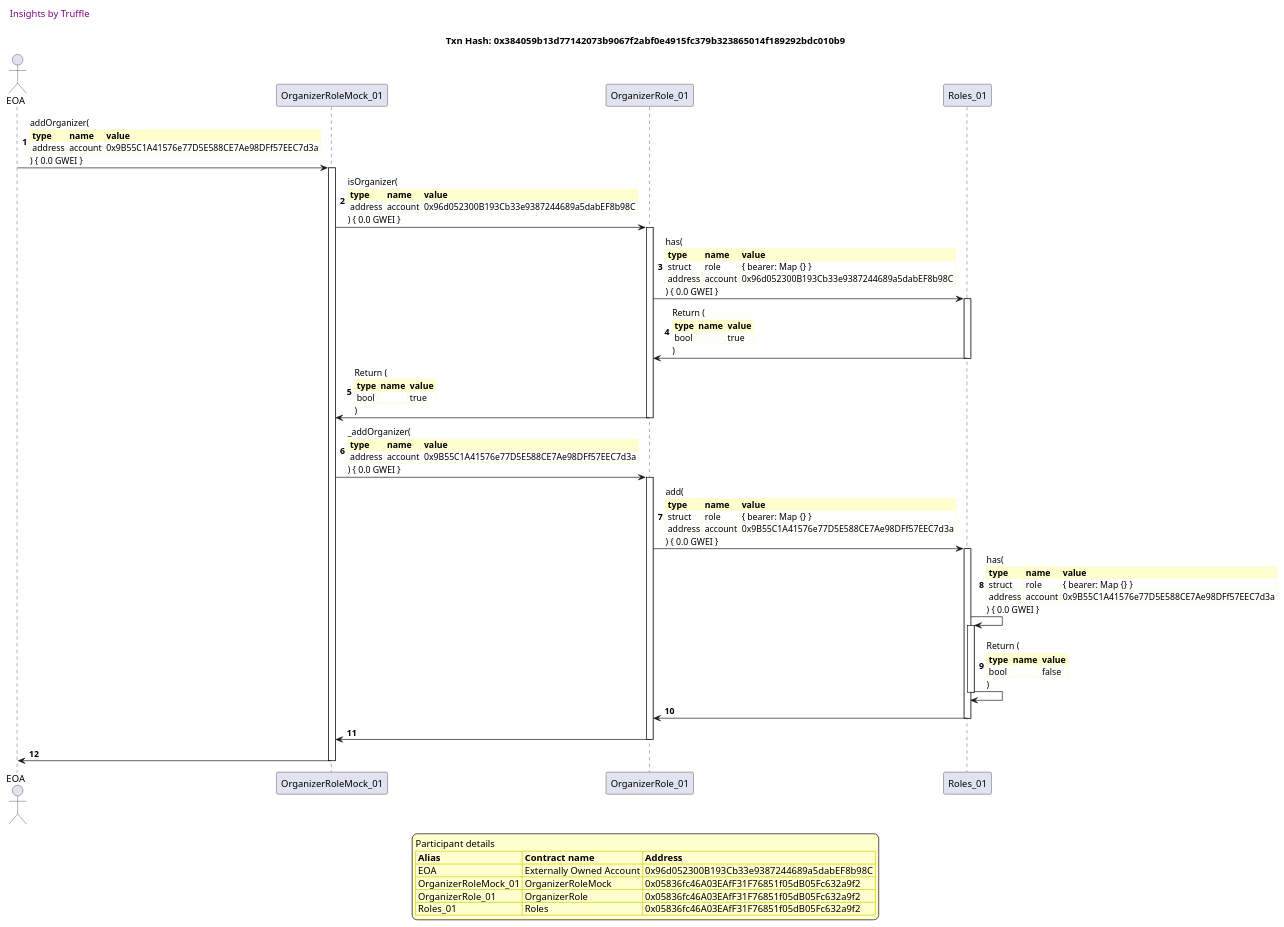
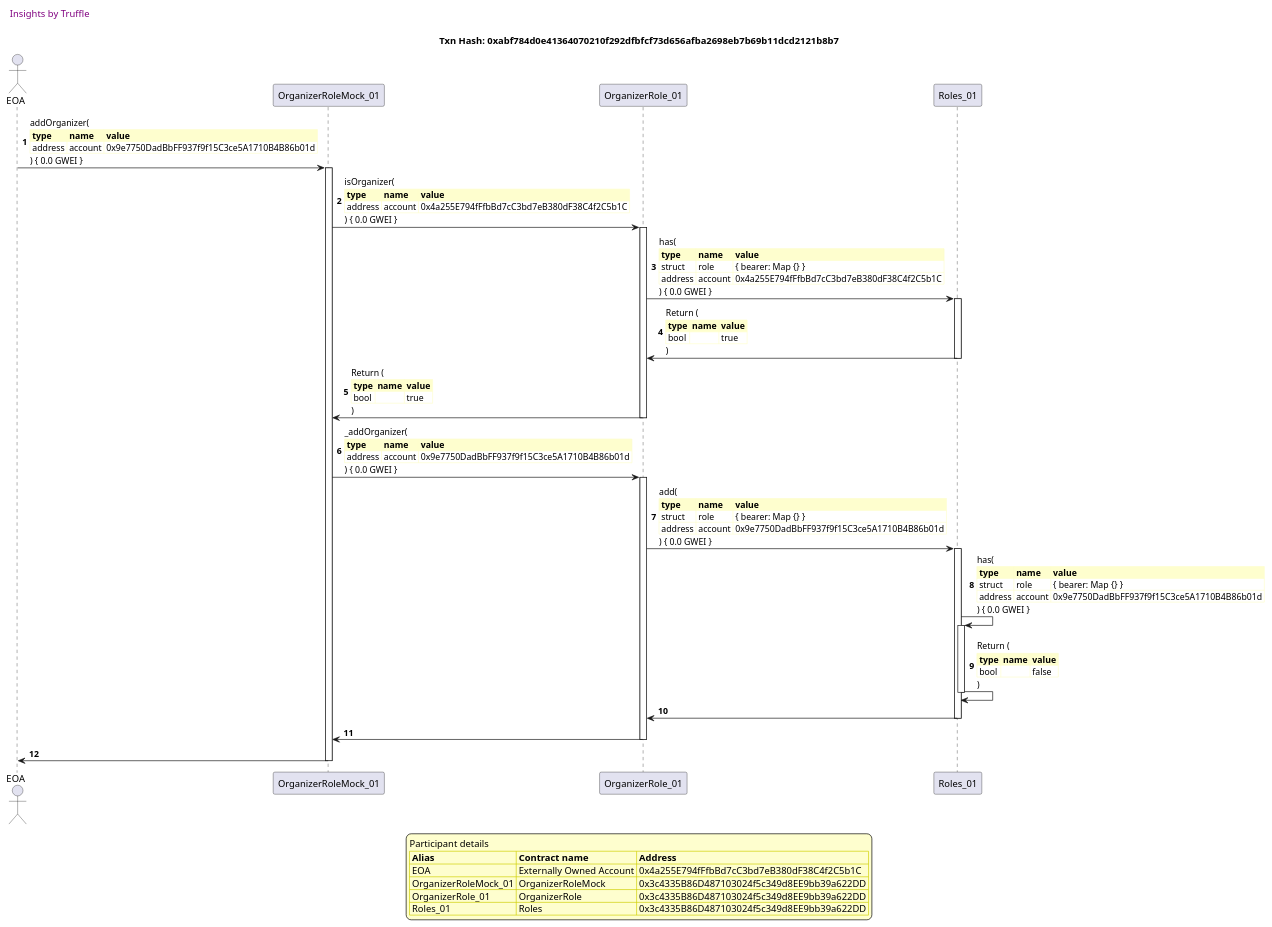
One commit to fodisi/hackapay changed the tenth of 41 diagrams in truffle-seq/roles_organizerrole.md. Above: the diagram before and after it, drawn with PlantUML. The commit also changed other lines of this file and 10 other files, not shown here.

````diff
--- a/truffle-seq/roles_organizerrole.md
+++ b/truffle-seq/roles_organizerrole.md
@@ -716,81 +716,81 @@
 ```plantuml
 
 
 @startuml
 
 autonumber
 skinparam legendBackgroundColor #FEFECE
 
 <style>
       header {
         HorizontalAlignment left
         FontColor purple
         FontSize 14
         Padding 10
       }
     </style>
 
 header Insights by Truffle
 
-title Txn Hash: 0x384059b13d77142073b9067f2abf0e4915fc379b323865014f189292bdc010b9
+title Txn Hash: 0xabf784d0e41364070210f292dfbfcf73d656afba2698eb7b69b11dcd2121b8b7
 
 
 actor EOA as "EOA"
 participant OrganizerRoleMock_01 as "OrganizerRoleMock_01"
 participant OrganizerRole_01 as "OrganizerRole_01"
 participant Roles_01 as "Roles_01"
 
 "EOA" -> "OrganizerRoleMock_01" ++: addOrganizer(\n\
 <#FEFECE,#FEFECE>|= type |= name |= value |\n\
-| address | account | 0x9B55C1A41576e77D5E588CE7Ae98DFf57EEC7d3a |\n\
+| address | account | 0x9e7750DadBbFF937f9f15C3ce5A1710B4B86b01d |\n\
 ) { 0.0 GWEI }
 "OrganizerRoleMock_01" -> "OrganizerRole_01" ++: isOrganizer(\n\
 <#FEFECE,#FEFECE>|= type |= name |= value |\n\
-| address | account | 0x96d052300B193Cb33e9387244689a5dabEF8b98C |\n\
+| address | account | 0x4a255E794fFfbBd7cC3bd7eB380dF38C4f2C5b1C |\n\
 ) { 0.0 GWEI }
 "OrganizerRole_01" -> "Roles_01" ++: has(\n\
 <#FEFECE,#FEFECE>|= type |= name |= value |\n\
 | struct | role | { bearer: Map {} } |\n\
-| address | account | 0x96d052300B193Cb33e9387244689a5dabEF8b98C |\n\
+| address | account | 0x4a255E794fFfbBd7cC3bd7eB380dF38C4f2C5b1C |\n\
 ) { 0.0 GWEI }
 "Roles_01" -> "OrganizerRole_01" --: Return (\n\
 <#FEFECE,#FEFECE>|= type |= name |= value |\n\
 | bool |  | true |\n\
 )
 "OrganizerRole_01" -> "OrganizerRoleMock_01" --: Return (\n\
 <#FEFECE,#FEFECE>|= type |= name |= value |\n\
 | bool |  | true |\n\
 )
 "OrganizerRoleMock_01" -> "OrganizerRole_01" ++: _addOrganizer(\n\
 <#FEFECE,#FEFECE>|= type |= name |= value |\n\
-| address | account | 0x9B55C1A41576e77D5E588CE7Ae98DFf57EEC7d3a |\n\
+| address | account | 0x9e7750DadBbFF937f9f15C3ce5A1710B4B86b01d |\n\
 ) { 0.0 GWEI }
 "OrganizerRole_01" -> "Roles_01" ++: add(\n\
 <#FEFECE,#FEFECE>|= type |= name |= value |\n\
 | struct | role | { bearer: Map {} } |\n\
-| address | account | 0x9B55C1A41576e77D5E588CE7Ae98DFf57EEC7d3a |\n\
+| address | account | 0x9e7750DadBbFF937f9f15C3ce5A1710B4B86b01d |\n\
 ) { 0.0 GWEI }
 "Roles_01" -> "Roles_01" ++: has(\n\
 <#FEFECE,#FEFECE>|= type |= name |= value |\n\
 | struct | role | { bearer: Map {} } |\n\
-| address | account | 0x9B55C1A41576e77D5E588CE7Ae98DFf57EEC7d3a |\n\
+| address | account | 0x9e7750DadBbFF937f9f15C3ce5A1710B4B86b01d |\n\
 ) { 0.0 GWEI }
 "Roles_01" -> "Roles_01" --: Return (\n\
 <#FEFECE,#FEFECE>|= type |= name |= value |\n\
 | bool |  | false |\n\
 )
 "Roles_01" -> "OrganizerRole_01" --: 
 "OrganizerRole_01" -> "OrganizerRoleMock_01" --: 
 "OrganizerRoleMock_01" -> "EOA" --: 
 
 legend
 Participant details
 <#FEFECE,#D0D000>|= Alias |= Contract name |= Address |
-<#FEFECE>| EOA | Externally Owned Account | 0x96d052300B193Cb33e9387244689a5dabEF8b98C |
-<#FEFECE>| OrganizerRoleMock_01 | OrganizerRoleMock | 0x05836fc46A03EAfF31F76851f05dB05Fc632a9f2 |
-<#FEFECE>| OrganizerRole_01 | OrganizerRole | 0x05836fc46A03EAfF31F76851f05dB05Fc632a9f2 |
-<#FEFECE>| Roles_01 | Roles | 0x05836fc46A03EAfF31F76851f05dB05Fc632a9f2 |
+<#FEFECE>| EOA | Externally Owned Account | 0x4a255E794fFfbBd7cC3bd7eB380dF38C4f2C5b1C |
+<#FEFECE>| OrganizerRoleMock_01 | OrganizerRoleMock | 0x3c4335B86D487103024f5c349d8EE9bb39a622DD |
+<#FEFECE>| OrganizerRole_01 | OrganizerRole | 0x3c4335B86D487103024f5c349d8EE9bb39a622DD |
+<#FEFECE>| Roles_01 | Roles | 0x3c4335B86D487103024f5c349d8EE9bb39a622DD |
 endlegend
 
 @enduml
 ```
````
